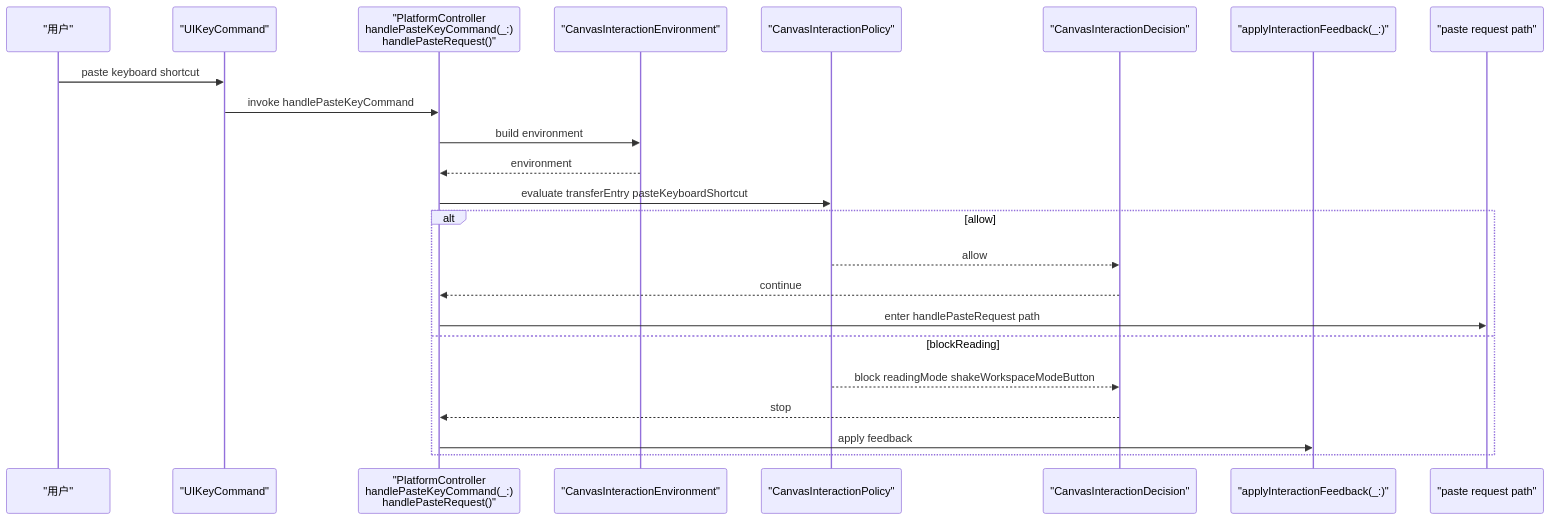
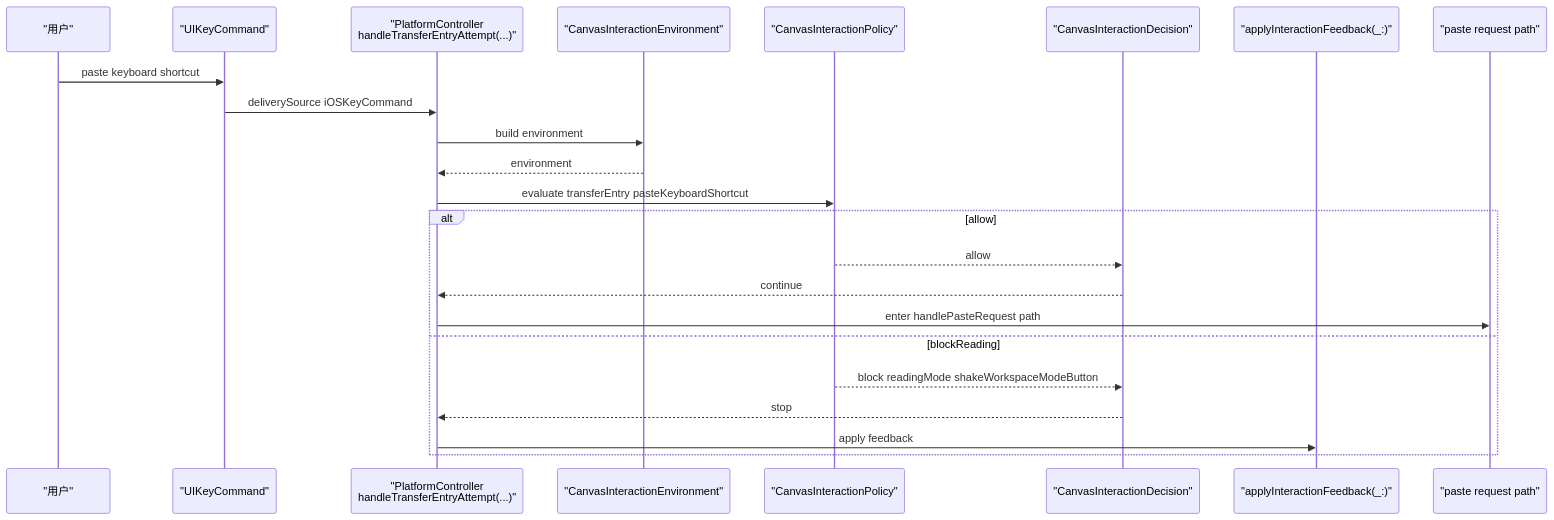
The fourth of 8 diagrams in .cursor/plans/方案4输入意图收敛_b466a267.plan.md (ShaunCheh/MyCanvas_Ver_0), drawn with Mermaid before and after one commit. The commit also changed other lines of this file, not shown here.

````diff
--- a/.cursor/plans/方案4输入意图收敛_b466a267.plan.md
+++ b/.cursor/plans/方案4输入意图收敛_b466a267.plan.md
@@ -265,27 +306,27 @@
 ```mermaid
 %% .cursor/plans/方案4输入意图收敛_b466a267.plan.md
 sequenceDiagram
     participant User as "用户"
     participant KeyCommand as "UIKeyCommand"
-    participant PlatformController as "PlatformController<br/>handlePasteKeyCommand(_:)<br/>handlePasteRequest()"
+    participant NormalizedEntry as "PlatformController<br/>handleTransferEntryAttempt(...)"
     participant Environment as "CanvasInteractionEnvironment"
     participant Policy as "CanvasInteractionPolicy"
     participant Decision as "CanvasInteractionDecision"
     participant FeedbackBridge as "applyInteractionFeedback(_:)"
     participant PastePath as "paste request path"
 
     User->>KeyCommand: paste keyboard shortcut
-    KeyCommand->>PlatformController: invoke handlePasteKeyCommand
-    PlatformController->>Environment: build environment
-    Environment-->>PlatformController: environment
-    PlatformController->>Policy: evaluate transferEntry pasteKeyboardShortcut
+    KeyCommand->>NormalizedEntry: deliverySource iOSKeyCommand
+    NormalizedEntry->>Environment: build environment
+    Environment-->>NormalizedEntry: environment
+    NormalizedEntry->>Policy: evaluate transferEntry pasteKeyboardShortcut
     alt allow
         Policy-->>Decision: allow
-        Decision-->>PlatformController: continue
-        PlatformController->>PastePath: enter handlePasteRequest path
+        Decision-->>NormalizedEntry: continue
+        NormalizedEntry->>PastePath: enter handlePasteRequest path
     else blockReading
         Policy-->>Decision: block readingMode shakeWorkspaceModeButton
-        Decision-->>PlatformController: stop
-        PlatformController->>FeedbackBridge: apply feedback
+        Decision-->>NormalizedEntry: stop
+        NormalizedEntry->>FeedbackBridge: apply feedback
     end
 ```
````
